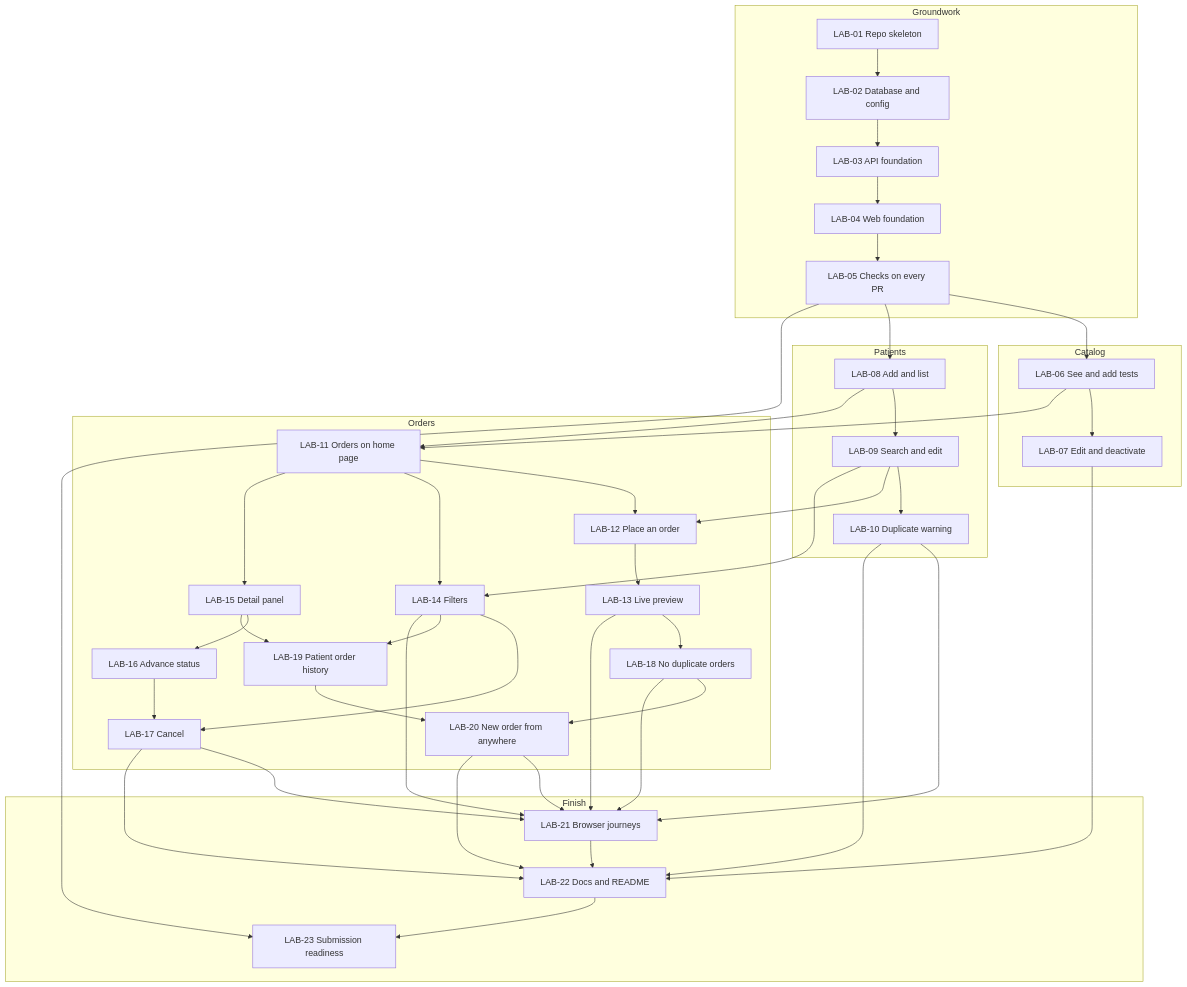
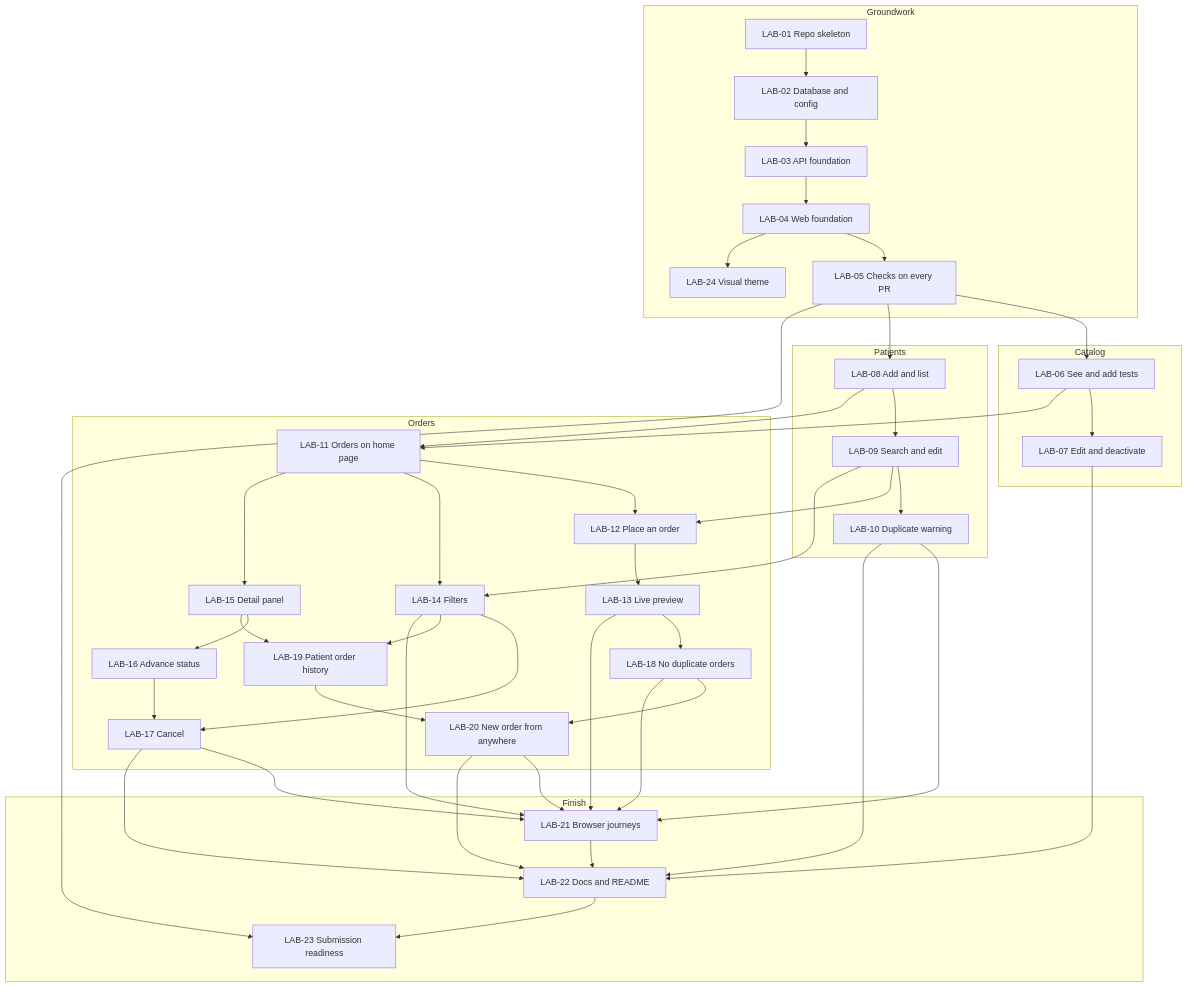
One commit to spencerolsen/eh-lab-orders-lite changed the diagram in docs/plan/README.md. Above: the diagram before and after it, drawn with Mermaid. The commit also changed other lines of this file and 1 other file, not shown here.

Commit message:
Add the LAB-24 visual theme ticket to the plan

````diff
--- a/docs/plan/README.md
+++ b/docs/plan/README.md
@@ -75,56 +76,57 @@
 ```mermaid
 flowchart TD
   subgraph Groundwork
     L01[LAB-01 Repo skeleton] --> L02[LAB-02 Database and config]
     L02 --> L03[LAB-03 API foundation]
     L03 --> L04[LAB-04 Web foundation]
     L04 --> L05[LAB-05 Checks on every PR]
+    L04 --> L24[LAB-24 Visual theme]
   end
 
   subgraph Catalog
     L06[LAB-06 See and add tests] --> L07[LAB-07 Edit and deactivate]
   end
 
   subgraph Patients
     L08[LAB-08 Add and list] --> L09[LAB-09 Search and edit]
     L09 --> L10[LAB-10 Duplicate warning]
   end
 
   subgraph Orders
     L11[LAB-11 Orders on home page] --> L12[LAB-12 Place an order]
     L12 --> L13[LAB-13 Live preview]
     L13 --> L18[LAB-18 No duplicate orders]
     L11 --> L14[LAB-14 Filters]
     L11 --> L15[LAB-15 Detail panel]
     L15 --> L16[LAB-16 Advance status]
     L16 --> L17[LAB-17 Cancel]
     L14 --> L17
     L14 --> L19[LAB-19 Patient order history]
     L15 --> L19
     L18 --> L20[LAB-20 New order from anywhere]
     L19 --> L20
   end
 
   subgraph Finish
     L21[LAB-21 Browser journeys] --> L22[LAB-22 Docs and README]
     L22 --> L23[LAB-23 Submission readiness]
   end
 
   L05 --> L06
   L05 --> L08
   L06 --> L11
   L08 --> L11
   L09 --> L12
   L09 --> L14
   L10 --> L21
   L13 --> L21
   L14 --> L21
   L17 --> L21
   L18 --> L21
   L20 --> L21
   L07 --> L22
   L10 --> L22
   L17 --> L22
   L20 --> L22
   L05 --> L23
 ```
````
